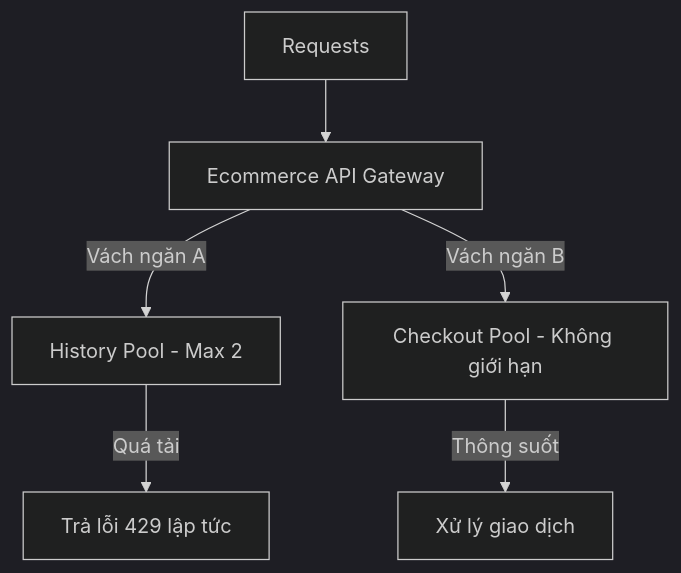
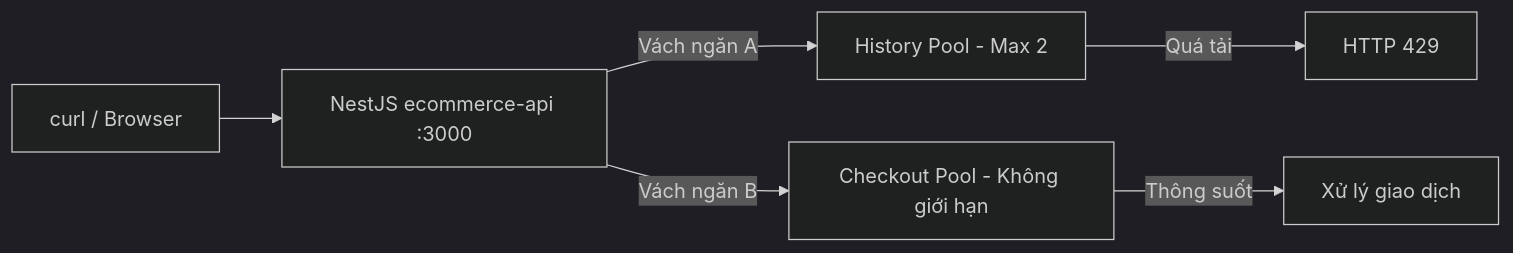
The diagram in .mount/data/courses/1-system-design-mastery/modules/5-reliability-and-resilience-patterns/contents/2-bulkhead-pattern/vi.md (starci-lab/starci-academy-backend), drawn with Mermaid (dark theme) before and after one commit. The commit also changed other lines of this file and 25 other files, not shown here.

````diff
--- a/.mount/data/courses/1-system-design-mastery/modules/5-reliability-and-resilience-patterns/contents/2-bulkhead-pattern/vi.md
+++ b/.mount/data/courses/1-system-design-mastery/modules/5-reliability-and-resilience-patterns/contents/2-bulkhead-pattern/vi.md
@@ -23,8 +47,8 @@
 ```mermaid
-flowchart TD
-    Req[Requests] --> API[Ecommerce API Gateway]
-    API -->|Vách ngăn A| PoolA[History Pool - Max 2]
-    API -->|Vách ngăn B| PoolB[Checkout Pool - Không giới hạn]
-    PoolA -- Quá tải --> Error[Trả lỗi 429 lập tức]
-    PoolB -- Thông suốt --> Process[Xử lý giao dịch]
+flowchart LR
+    Client["curl / Browser"] --> Api["NestJS ecommerce-api :3000"]
+    Api -->|Vách ngăn A| PoolA["History Pool - Max 2"]
+    Api -->|Vách ngăn B| PoolB["Checkout Pool - Không giới hạn"]
+    PoolA -- Quá tải --> Reject["HTTP 429"]
+    PoolB -- Thông suốt --> Process["Xử lý giao dịch"]
 ```
````
